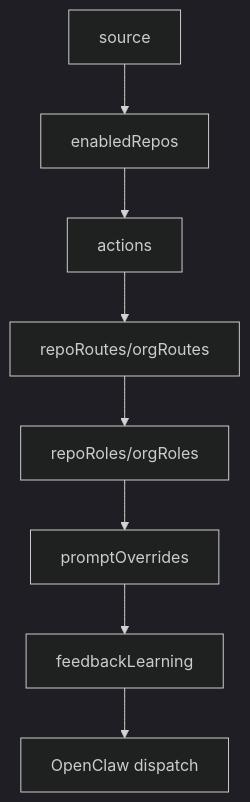
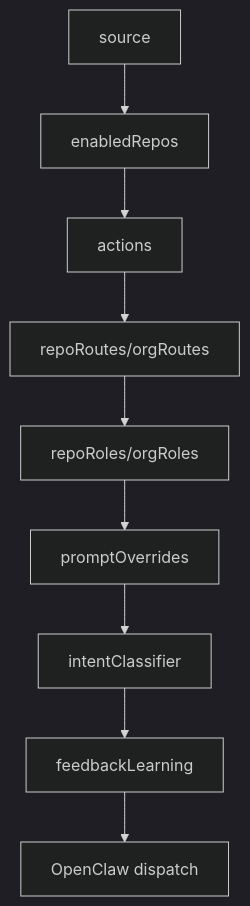
The diagram in docs/policy-reference.md (pilipilisbot/github-agent-bridge), drawn with Mermaid (dark theme) before and after one commit. The commit also changed other lines of this file and 1 other file, not shown here.

Commit message:
docs: document intent classifier policy

````diff
--- a/docs/policy-reference.md
+++ b/docs/policy-reference.md
@@ -7,10 +7,11 @@
 ```mermaid
 flowchart TD
     A[source] --> B[enabledRepos]
     B --> C[actions]
     C --> D[repoRoutes/orgRoutes]
     D --> E[repoRoles/orgRoles]
     E --> F[promptOverrides]
-    F --> G[feedbackLearning]
-    G --> H[OpenClaw dispatch]
+    F --> G[intentClassifier]
+    G --> H[feedbackLearning]
+    H --> I[OpenClaw dispatch]
 ```
````
